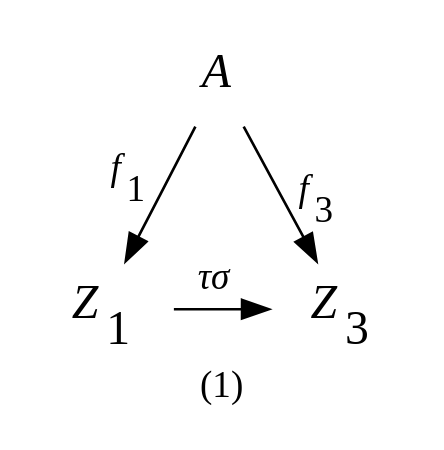
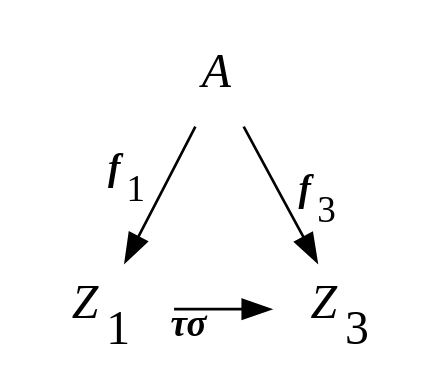
Before and after one commit to bcatalfo/Math-Solutions: the sixth of 11 diagrams in docs/Paolo-Aluffi-Algebra-Chapter-0/Chapter-1-Preliminaries-Set-Theory-And-Categories/Section-3-Categories.md, drawn with Graphviz. The commit also changed other lines of this file and 6 other files, not shown here.

Commit message:
Fixed all the commutative diagrams in 3.7.

````diff
--- a/docs/Paolo-Aluffi-Algebra-Chapter-0/Chapter-1-Preliminaries-Set-Theory-And-Categories/Section-3-Categories.md
+++ b/docs/Paolo-Aluffi-Algebra-Chapter-0/Chapter-1-Preliminaries-Set-Theory-And-Categories/Section-3-Categories.md
@@ -148,14 +147,13 @@
 ```dot
 digraph {
-  label="(1)"
   {
     node [shape=none fontsize=18]
     A [label=<<i>A</i>>];
     Z_1 [label=<<i>Z</i><sub>1</sub>>];
     Z_3 [label=<<i>Z</i><sub>3</sub>>]
   }
-    A -> Z_1 [xlabel=<<i>f</i><sub>1</sub> >];
-    A -> Z_3 [label=< <i>f</i><sub>3</sub>>];
-    {Z_1 -> Z_3 [label=<<i>&tau;&sigma;</i>>] rank=same}
+    A -> Z_1 [xlabel=<<i><b>f</b></i><sub>1</sub> >];
+    A -> Z_3 [label=< <i><b>f</b></i><sub>3</sub>>];
+    {Z_1 -> Z_3 [xlabel=<<i><b>&tau;&sigma;    </b></i>>] rank=same}
 }
 ```
````
